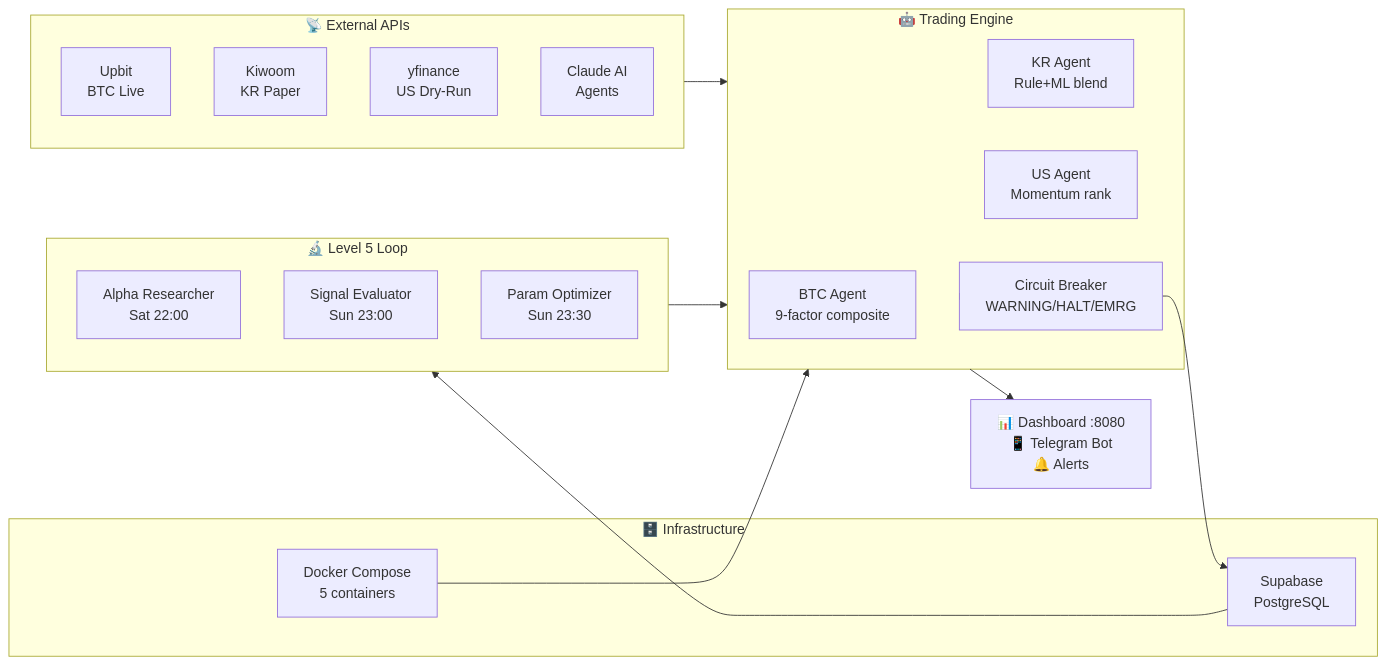
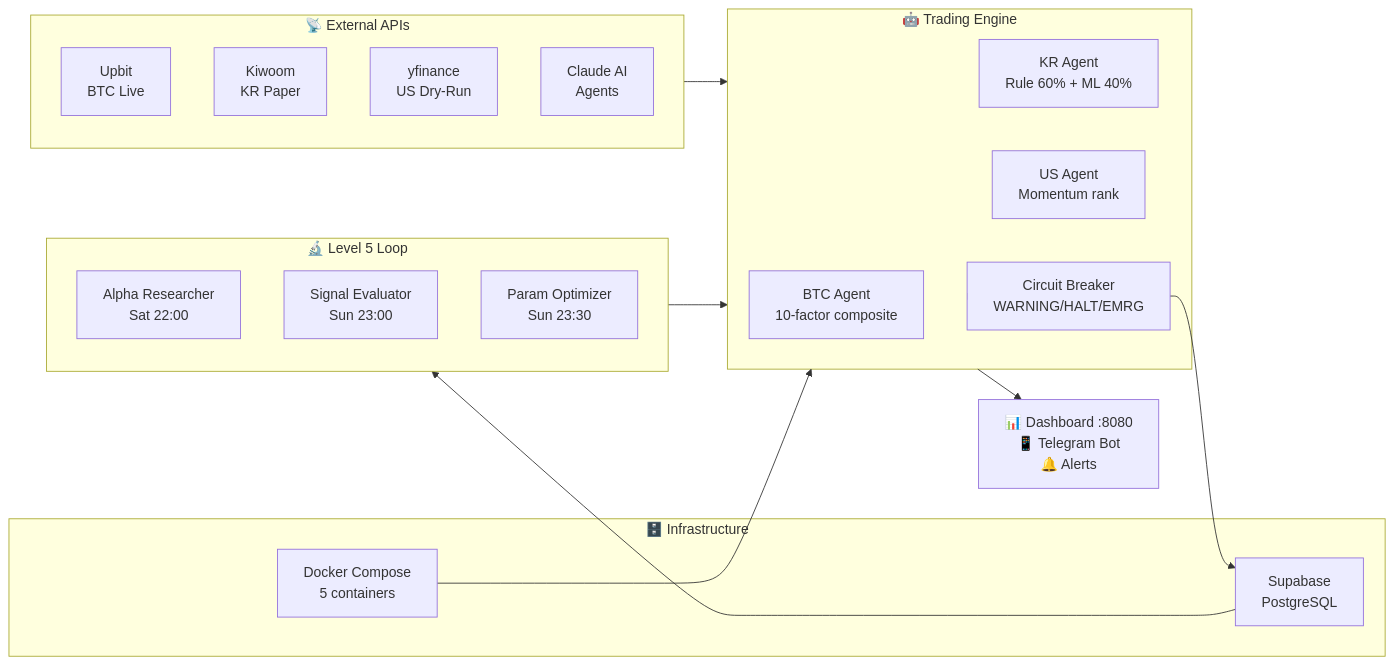
One commit to zln02/openclaw-trading changed the diagram in README.md. Above: the diagram before and after it, drawn with Mermaid. The commit also changed other lines of this file and 10 other files, not shown here.

````diff
--- a/README.md
+++ b/README.md
@@ -207,36 +215,36 @@
 ```mermaid
 flowchart LR
 
 subgraph Ext["📡 External APIs"]
   Upbit["Upbit\nBTC Live"]
   Kiwoom["Kiwoom\nKR Paper"]
   YF["yfinance\nUS Dry-Run"]
   Claude["Claude AI\nAgents"]
 end
 
 subgraph Core["🤖 Trading Engine"]
-  BTC["BTC Agent\n9-factor composite"]
-  KR["KR Agent\nRule+ML blend"]
+  BTC["BTC Agent\n10-factor composite"]
+  KR["KR Agent\nRule 60% + ML 40%"]
   US["US Agent\nMomentum rank"]
   CB["Circuit Breaker\nWARNING/HALT/EMRG"]
 end
 
 subgraph Research["🔬 Level 5 Loop"]
   Alpha["Alpha Researcher\nSat 22:00"]
   Eval["Signal Evaluator\nSun 23:00"]
   Opt["Param Optimizer\nSun 23:30"]
 end
 
 subgraph Infra["🗄️ Infrastructure"]
   DB["Supabase\nPostgreSQL"]
   Docker["Docker Compose\n5 containers"]
 end
 
 Output["📊 Dashboard :8080\n📱 Telegram Bot\n🔔 Alerts"]
 
 Ext --> Core
 Core --> CB --> DB
 DB --> Research --> Core
 Docker --> Core
 Core --> Output
 ```
````
